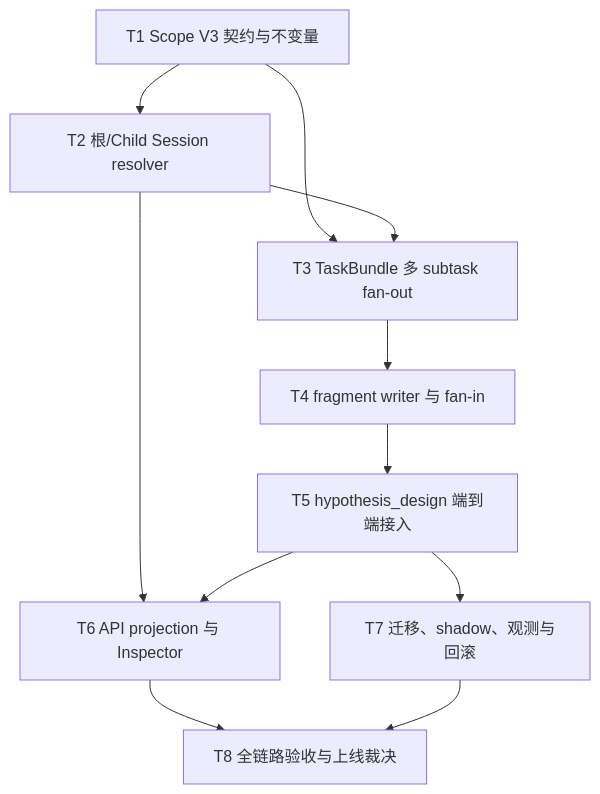
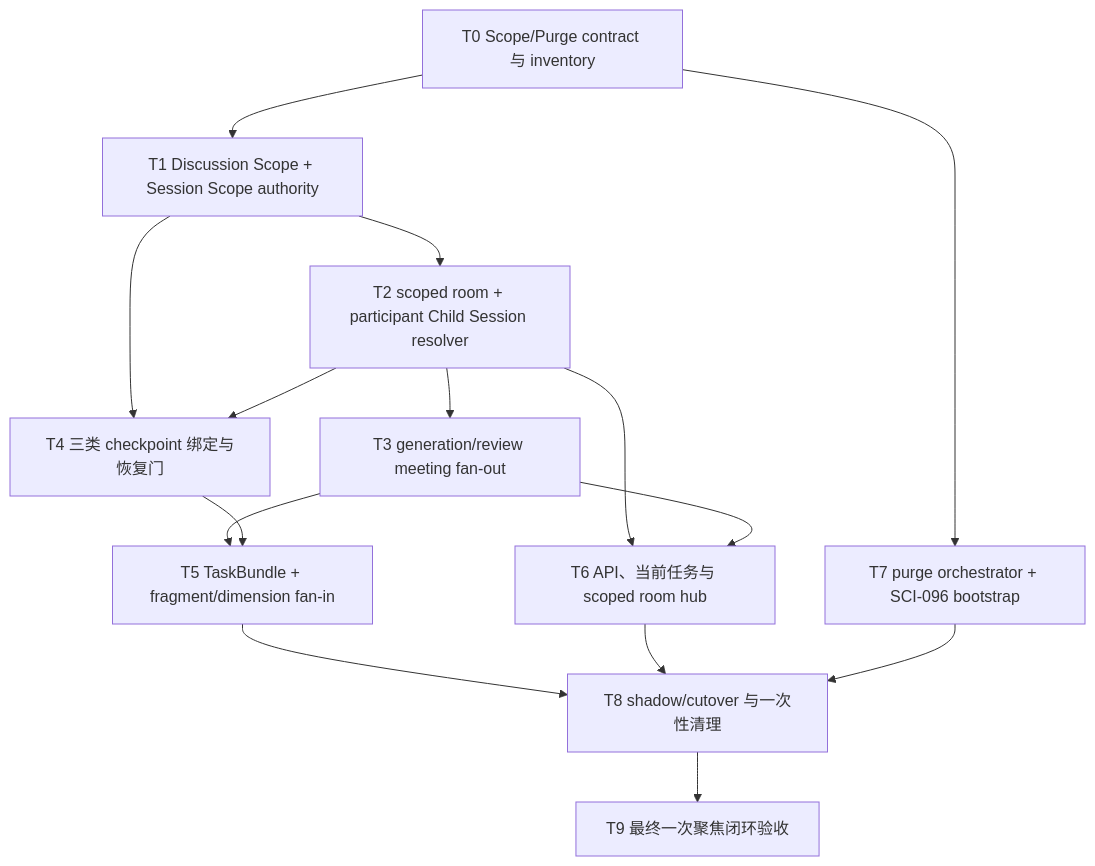
One commit to CCDawn/Vibelution changed the third of 3 diagrams in docs/plans/2026-08-22-challenge-cup-hypothesis-scoped-sessions.md. Above: the diagram before and after it, drawn with Mermaid. The commit also changed other lines of this file and 1 other file, not shown here.

Commit message:
docs: plan scoped challenge chat reset

````diff
--- a/docs/plans/2026-08-22-challenge-cup-hypothesis-scoped-sessions.md
+++ b/docs/plans/2026-08-22-challenge-cup-hypothesis-scoped-sessions.md
@@ -474,22 +680,26 @@
 ```mermaid
 flowchart TD
-    T1["T1 Scope V3 契约与不变量"]
-    T2["T2 根/Child Session resolver"]
-    T3["T3 TaskBundle 多 subtask fan-out"]
-    T4["T4 fragment writer 与 fan-in"]
-    T5["T5 hypothesis_design 端到端接入"]
-    T6["T6 API projection 与 Inspector"]
-    T7["T7 迁移、shadow、观测与回滚"]
-    T8["T8 全链路验收与上线裁决"]
+    T0["T0 Scope/Purge contract 与 inventory"]
+    T1["T1 Discussion Scope + Session Scope authority"]
+    T2["T2 scoped room + participant Child Session resolver"]
+    T3["T3 generation/review meeting fan-out"]
+    T4["T4 三类 checkpoint 绑定与恢复门"]
+    T5["T5 TaskBundle + fragment/dimension fan-in"]
+    T6["T6 API、当前任务与 scoped room hub"]
+    T7["T7 purge orchestrator + SCI-096 bootstrap"]
+    T8["T8 shadow/cutover 与一次性清理"]
+    T9["T9 最终一次聚焦闭环验收"]
 
-    T1 --> T2
-    T1 --> T3
-    T2 --> T3
-    T3 --> T4
+    T0 --> T1 --> T2 --> T3
+    T1 --> T4
+    T2 --> T4
+    T3 --> T5
     T4 --> T5
     T2 --> T6
-    T5 --> T6
-    T5 --> T7
+    T3 --> T6
+    T0 --> T7
+    T5 --> T8
     T6 --> T8
     T7 --> T8
+    T8 --> T9
 ```
````
